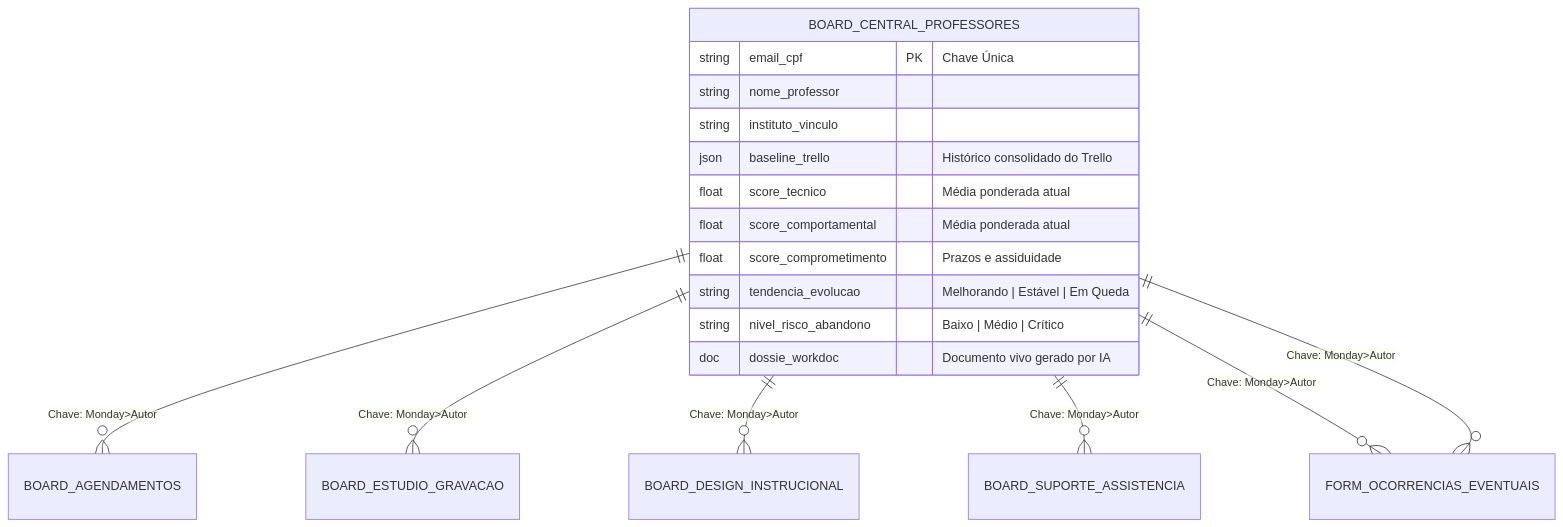
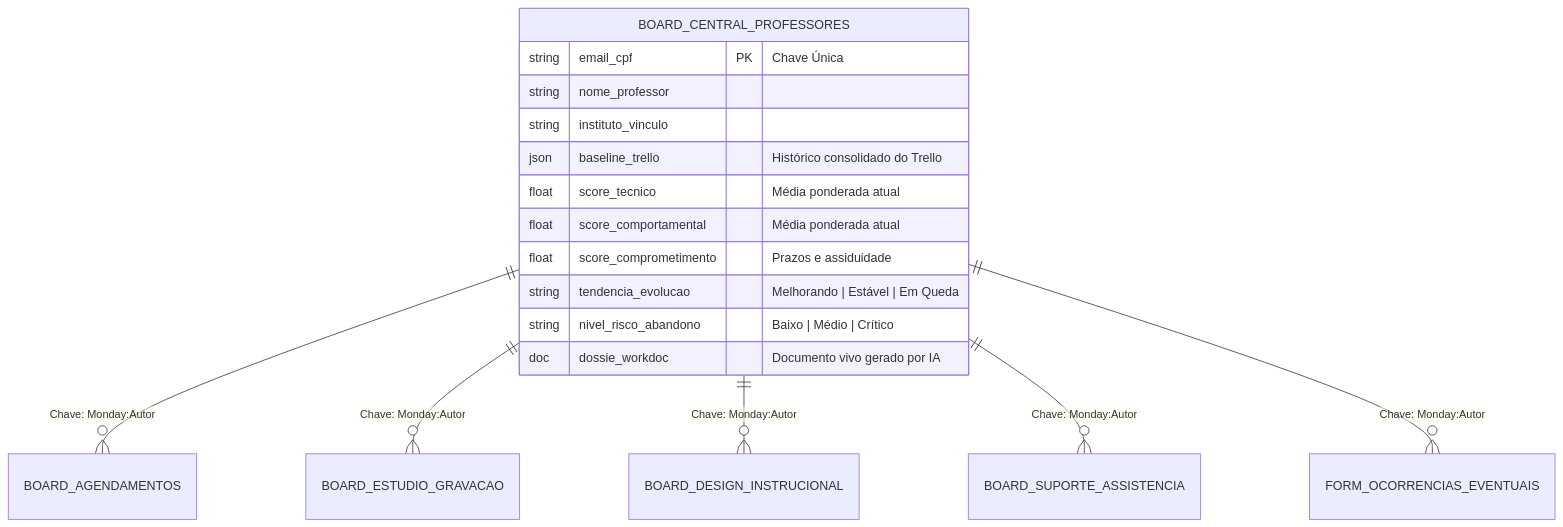
One commit to paulohlp/perfil-professor-monday changed the first of 2 diagrams in plano_perfil_professor_monday.md. Above: the diagram before and after it, drawn with Mermaid.

Commit message:
Fix relationship keys in ER diagram
Updated the relationship keys in the ER diagram for consistency.

````diff
--- a/plano_perfil_professor_monday.md
+++ b/plano_perfil_professor_monday.md
@@ -18,22 +18,21 @@
 ```mermaid
 erDiagram
-    BOARD_CENTRAL_PROFESSORES ||--o{ BOARD_AGENDAMENTOS : "Chave: Monday>Autor"
-    BOARD_CENTRAL_PROFESSORES ||--o{ BOARD_ESTUDIO_GRAVACAO : "Chave: Monday>Autor"
-    BOARD_CENTRAL_PROFESSORES ||--o{ BOARD_DESIGN_INSTRUCIONAL : "Chave: Monday>Autor"
-    BOARD_CENTRAL_PROFESSORES ||--o{ BOARD_SUPORTE_ASSISTENCIA : "Chave: Monday>Autor"
-    BOARD_CENTRAL_PROFESSORES ||--o{ FORM_OCORRENCIAS_EVENTUAIS : "Chave: Monday>Autor"
-    BOARD_CENTRAL_PROFESSORES ||--o{ FORM_OCORRENCIAS_EVENTUAIS : "Chave: Monday>Autor"
+    BOARD_CENTRAL_PROFESSORES ||--o{ BOARD_AGENDAMENTOS : "Chave: Monday:Autor"
+    BOARD_CENTRAL_PROFESSORES ||--o{ BOARD_ESTUDIO_GRAVACAO : "Chave: Monday:Autor"
+    BOARD_CENTRAL_PROFESSORES ||--o{ BOARD_DESIGN_INSTRUCIONAL : "Chave: Monday:Autor"
+    BOARD_CENTRAL_PROFESSORES ||--o{ BOARD_SUPORTE_ASSISTENCIA : "Chave: Monday:Autor"
+    BOARD_CENTRAL_PROFESSORES ||--o{ FORM_OCORRENCIAS_EVENTUAIS : "Chave: Monday:Autor"
 
     BOARD_CENTRAL_PROFESSORES {
         string email_cpf PK "Chave Única"
         string nome_professor
         string instituto_vinculo
         json baseline_trello "Histórico consolidado do Trello"
         float score_tecnico "Média ponderada atual"
         float score_comportamental "Média ponderada atual"
         float score_comprometimento "Prazos e assiduidade"
         string tendencia_evolucao "Melhorando | Estável | Em Queda"
         string nivel_risco_abandono "Baixo | Médio | Crítico"
         doc dossie_workdoc "Documento vivo gerado por IA"
     }
 ```
````
